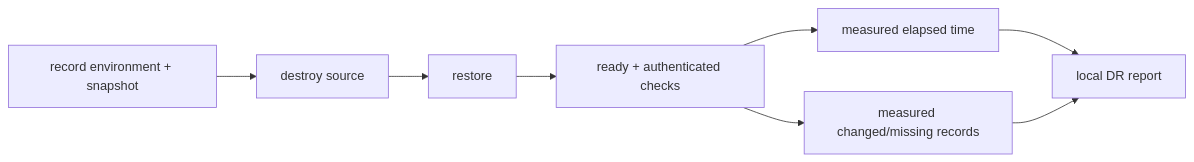
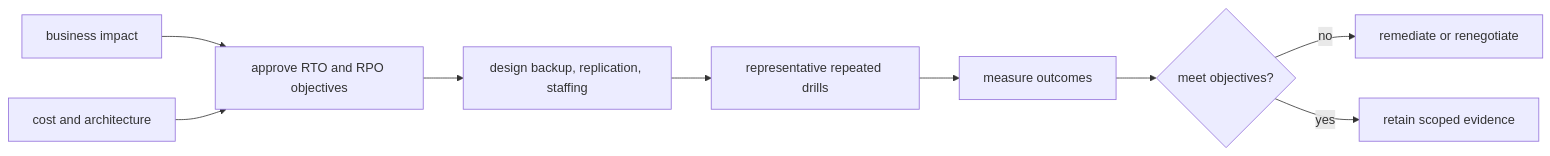
One commit to levalencia/archon changed the first of 3 diagrams in docs/course/concepts/rto-rpo.md. Above: the diagram before and after it, drawn with Mermaid. The commit also changed other lines of this file and 8 other files, not shown here.

````diff
--- a/docs/course/concepts/rto-rpo.md
+++ b/docs/course/concepts/rto-rpo.md
@@ -18,10 +39,11 @@
 ```mermaid
 flowchart LR
-  S[record environment + snapshot] --> D[destroy source]
-  D --> R[restore]
-  R --> Q[ready + authenticated checks]
-  Q --> T[measured elapsed time]
-  Q --> P[measured changed/missing records]
-  T --> Report[local DR report]
-  P --> Report
+    B[business impact] --> O[approve RTO and RPO objectives]
+    C[cost and architecture] --> O
+    O --> D[design backup, replication, staffing]
+    D --> T[representative repeated drills]
+    T --> M[measure outcomes]
+    M --> G{meet objectives?}
+    G -->|no| R[remediate or renegotiate]
+    G -->|yes| E[retain scoped evidence]
 ```
````
